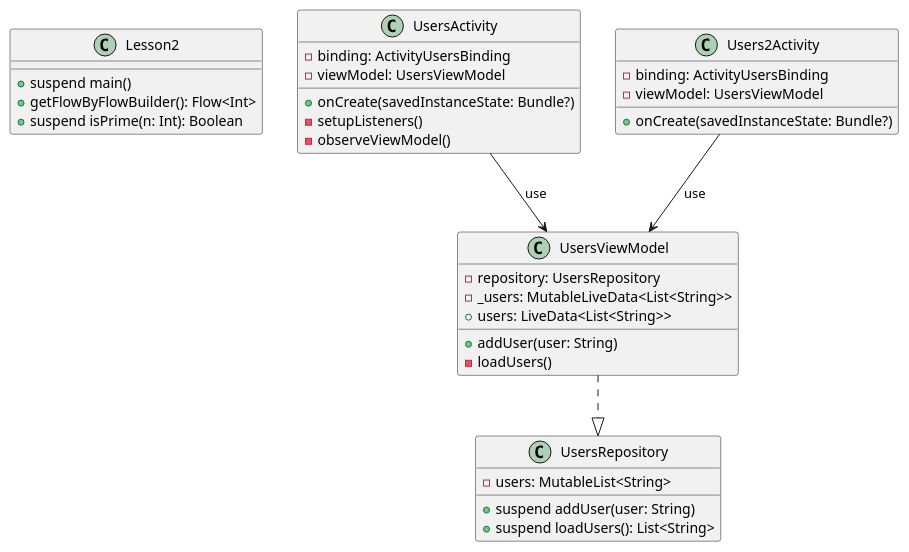
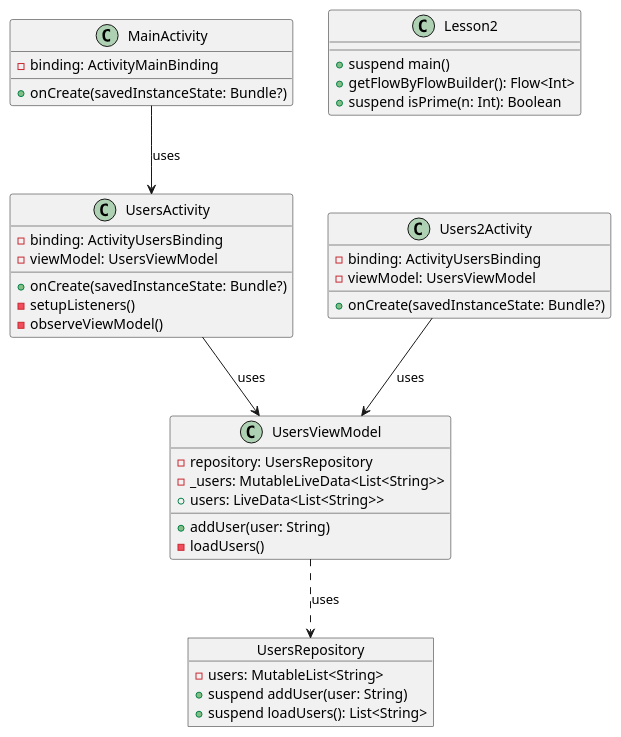
One commit to AbadzhevaK8/CoroutineFlow changed the diagram in app/src/main/java/com/example/coroutineflow/lessons/lesson2/lesson2diagram.puml. Above: the diagram before and after it, drawn with PlantUML.

Commit message:
docs: Update lesson2 diagram

```diff
--- a/app/src/main/java/com/example/coroutineflow/lessons/lesson2/lesson2diagram.puml
+++ b/app/src/main/java/com/example/coroutineflow/lessons/lesson2/lesson2diagram.puml
@@ -1,44 +1,51 @@
 @startuml
+
+class MainActivity {
+    - binding: ActivityMainBinding
+
+    + onCreate(savedInstanceState: Bundle?)
+}
 
 class Lesson2 {
     + suspend main()
     + getFlowByFlowBuilder(): Flow<Int>
     + suspend isPrime(n: Int): Boolean
 }
 
-class UsersRepository {
+object UsersRepository {
     - users: MutableList<String>
 
     + suspend addUser(user: String)
     + suspend loadUsers(): List<String>
 }
 
 class UsersViewModel {
     - repository: UsersRepository
     - _users: MutableLiveData<List<String>>
     + users: LiveData<List<String>>
 
     + addUser(user: String)
     - loadUsers()
 }
 
 class UsersActivity {
     - binding: ActivityUsersBinding
     - viewModel: UsersViewModel
 
     + onCreate(savedInstanceState: Bundle?)
     - setupListeners()
     - observeViewModel()
 }
 
 class Users2Activity {
     - binding: ActivityUsersBinding
     - viewModel: UsersViewModel
 
     + onCreate(savedInstanceState: Bundle?)
 }
 
-UsersViewModel ..|> UsersRepository
-UsersActivity --> UsersViewModel : use
-Users2Activity --> UsersViewModel : use
+UsersViewModel ..> UsersRepository : uses
+UsersActivity --> UsersViewModel : uses
+Users2Activity --> UsersViewModel : uses
+MainActivity --> UsersActivity : uses
 @enduml
```
